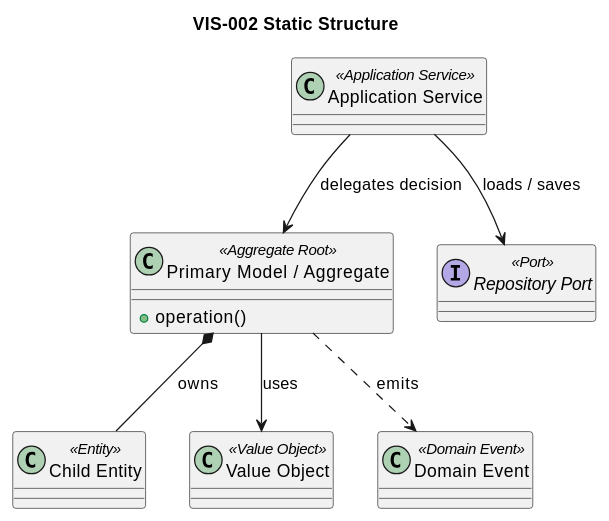
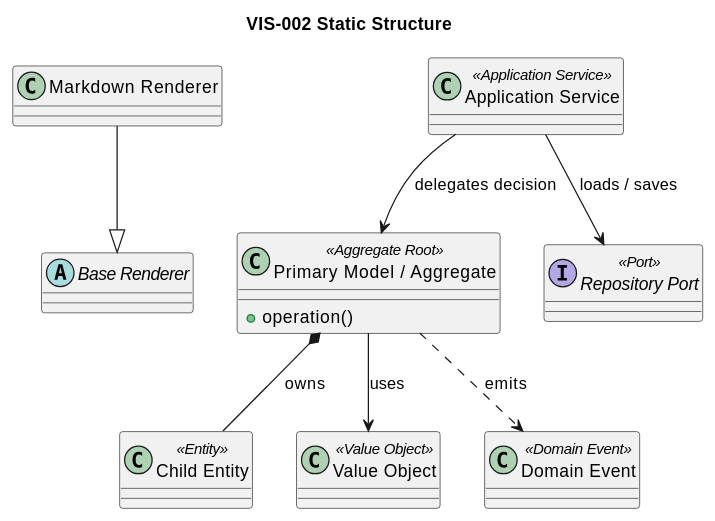
Before and after one commit to chemitaro/spec-dock: the second of 4 diagrams in src/spec_dock/assets/spec_dock/templates/issue-profiles/standard/design.md, drawn with PlantUML. The commit also changed other lines of this file and 29 other files, not shown here.

````diff
--- a/src/spec_dock/assets/spec_dock/templates/issue-profiles/standard/design.md
+++ b/src/spec_dock/assets/spec_dock/templates/issue-profiles/standard/design.md
@@ -276,20 +279,23 @@
 ```plantuml
 @startuml
 title VIS-002 Static Structure
 
+abstract class "Base Renderer" as BaseRenderer
 class "Primary Model / Aggregate" as Aggregate <<Aggregate Root>> {
   +operation()
 }
 class "Child Entity" as Entity <<Entity>>
 class "Value Object" as ValueObject <<Value Object>>
 class "Domain Event" as DomainEvent <<Domain Event>>
 interface "Repository Port" as Repository <<Port>>
 class "Application Service" as AppService <<Application Service>>
+class "Markdown Renderer" as MarkdownRenderer
 
+MarkdownRenderer --|> BaseRenderer
 Aggregate *-- Entity : owns
 Aggregate --> ValueObject : uses
 Aggregate ..> DomainEvent : emits
 AppService --> Aggregate : delegates decision
 AppService --> Repository : loads / saves
 @enduml
 ```
````
